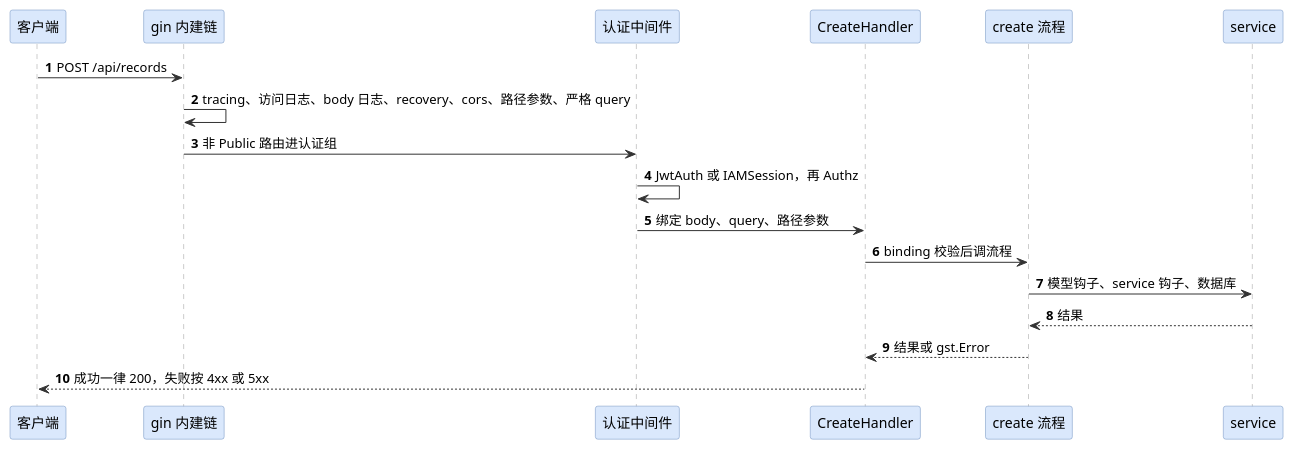
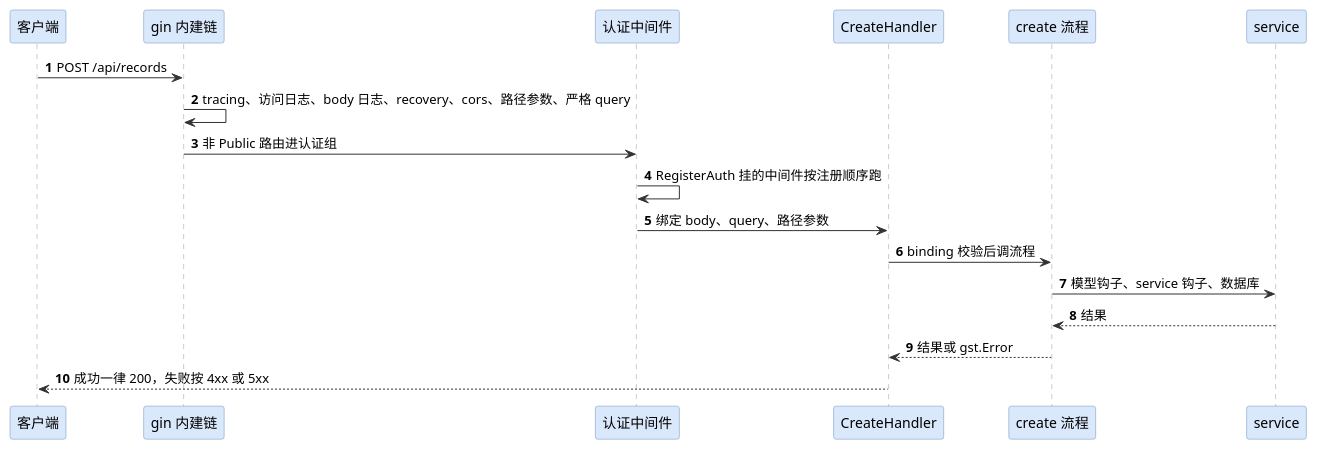
Before and after one commit to hydroan/gst: the first of 3 diagrams in TRANSPORTS.md, drawn with PlantUML. The commit also changed other lines of this file and 2 other files, not shown here.

First line of the commit message:
docs: keep TRANSPORTS.md to the core's own inputs and register the empty filter value the transports answer differently

````diff
--- a/TRANSPORTS.md
+++ b/TRANSPORTS.md
@@ -69,31 +69,31 @@
 ```plantuml
 @startuml
 autonumber
 skinparam participant {
   BackgroundColor #dae8fc
   BorderColor #6c8ebf
 }
 skinparam sequence {
   ArrowColor #333333
   LifeLineBorderColor #999999
 }
 
 participant "客户端" as client
 participant "gin 内建链" as builtin
 participant "认证中间件" as auth
 participant "CreateHandler" as handler
 participant "create 流程" as flow
 participant "service" as svc
 
 client -> builtin : POST /api/records
 builtin -> builtin : tracing、访问日志、body 日志、recovery、cors、路径参数、严格 query
 builtin -> auth : 非 Public 路由进认证组
-auth -> auth : JwtAuth 或 IAMSession，再 Authz
+auth -> auth : RegisterAuth 挂的中间件按注册顺序跑
 auth -> handler : 绑定 body、query、路径参数
 handler -> flow : binding 校验后调流程
 flow -> svc : 模型钩子、service 钩子、数据库
 svc --> flow : 结果
 flow --> handler : 结果或 gst.Error
 handler --> client : 成功一律 200，失败按 4xx 或 5xx
 @enduml
 ```
````
